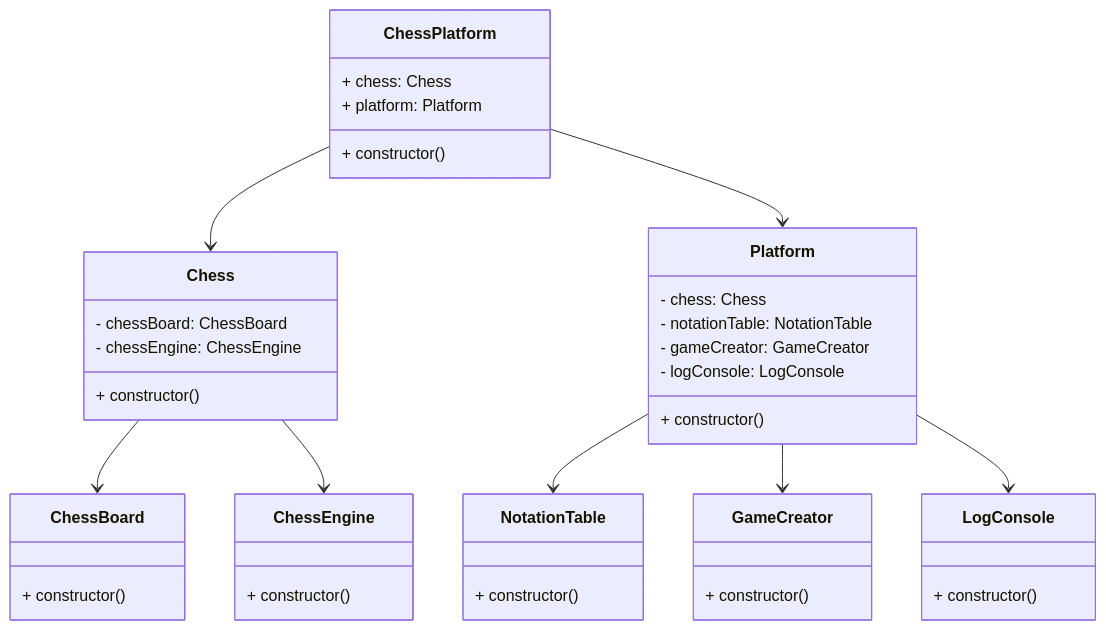
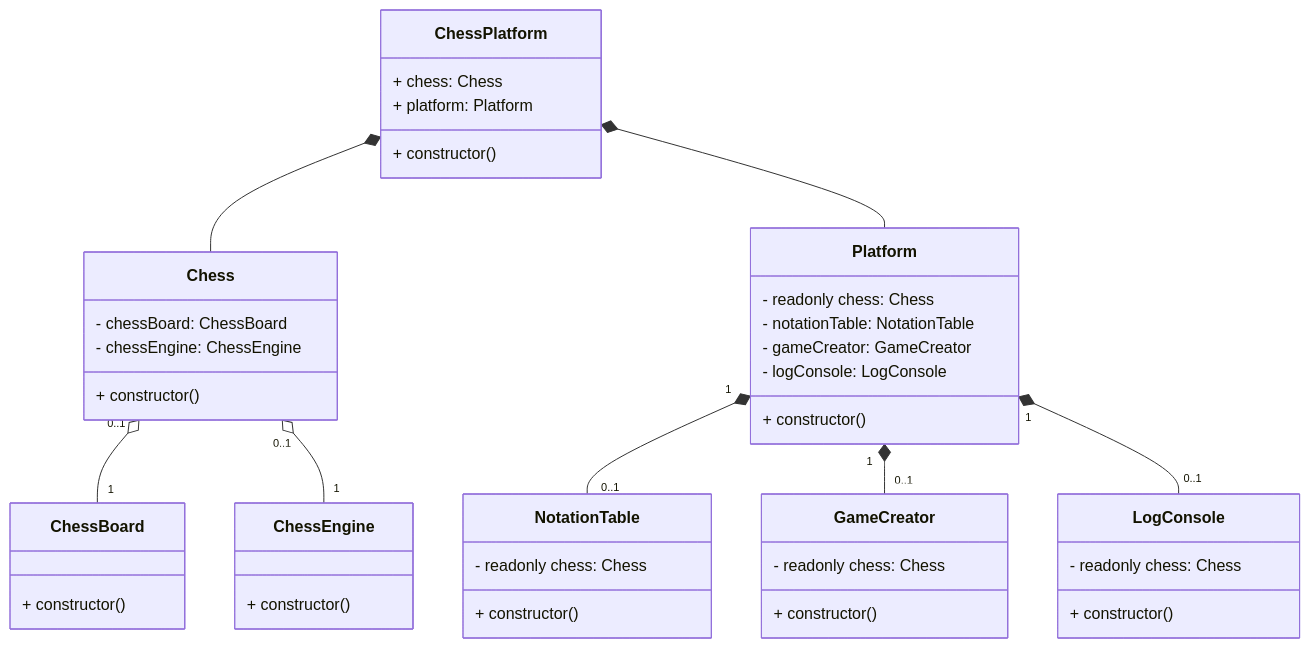
One commit to SuperLogic-stack/chess-arena changed the diagram in README.md. Above: the diagram before and after it, drawn with Mermaid.

````diff
--- a/README.md
+++ b/README.md
@@ -79,44 +79,47 @@
 ```mermaid
 classDiagram
   class ChessPlatform {
     + chess: Chess
     + platform: Platform
     + constructor()
   }
   class Chess {
     - chessBoard: ChessBoard
     - chessEngine: ChessEngine
     + constructor()
   }
   class ChessEngine {
     + constructor()
   }
   class ChessBoard {
     + constructor()
   }
   class Platform {
-    - chess: Chess
+    - readonly chess: Chess
     - notationTable: NotationTable
     - gameCreator: GameCreator
     - logConsole: LogConsole
     + constructor()
   }
   class NotationTable {
+    - readonly chess: Chess 
     + constructor()
   }
   class GameCreator {
+    - readonly chess: Chess
     + constructor()
   }
   class LogConsole {
+    - readonly chess: Chess
     + constructor()
   }
 
-  ChessPlatform --> Chess
-  ChessPlatform --> Platform
-  Chess --> ChessBoard
-  Chess --> ChessEngine
-  Platform --> NotationTable
-  Platform --> GameCreator
-  Platform --> LogConsole
+  ChessPlatform *-- Chess
+  ChessPlatform *-- Platform
+  Chess "0..1" o-- "1" ChessBoard
+  Chess "0..1" o-- "1" ChessEngine
+  Platform "1" *-- "0..1" NotationTable
+  Platform "1" *-- "0..1" GameCreator
+  Platform "1" *-- "0..1" LogConsole
 
 ```
````
